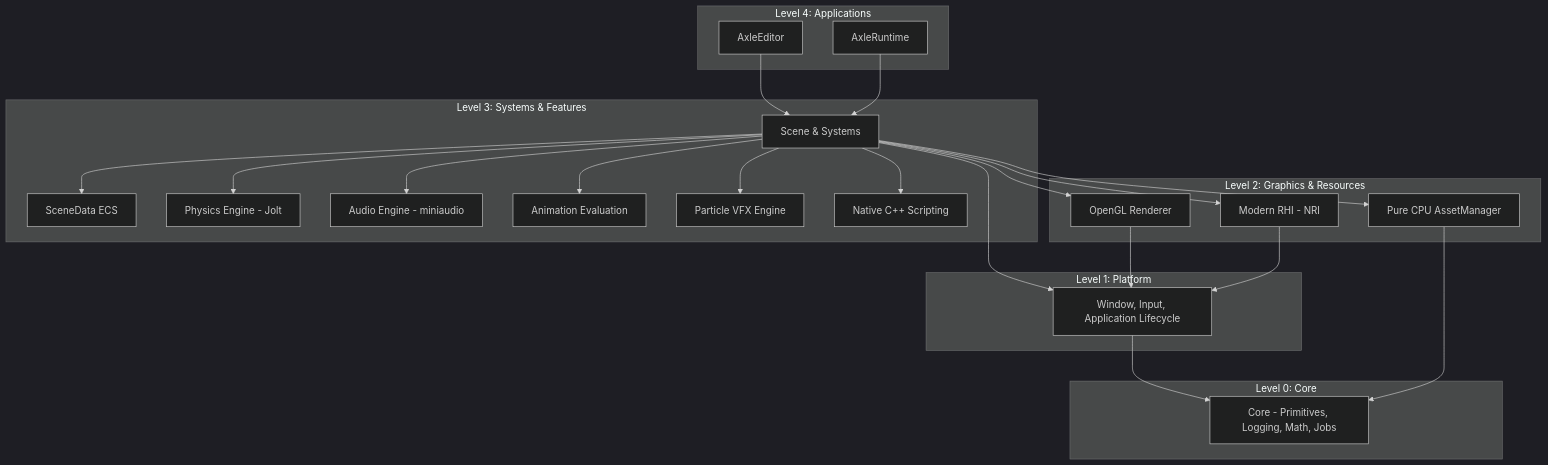
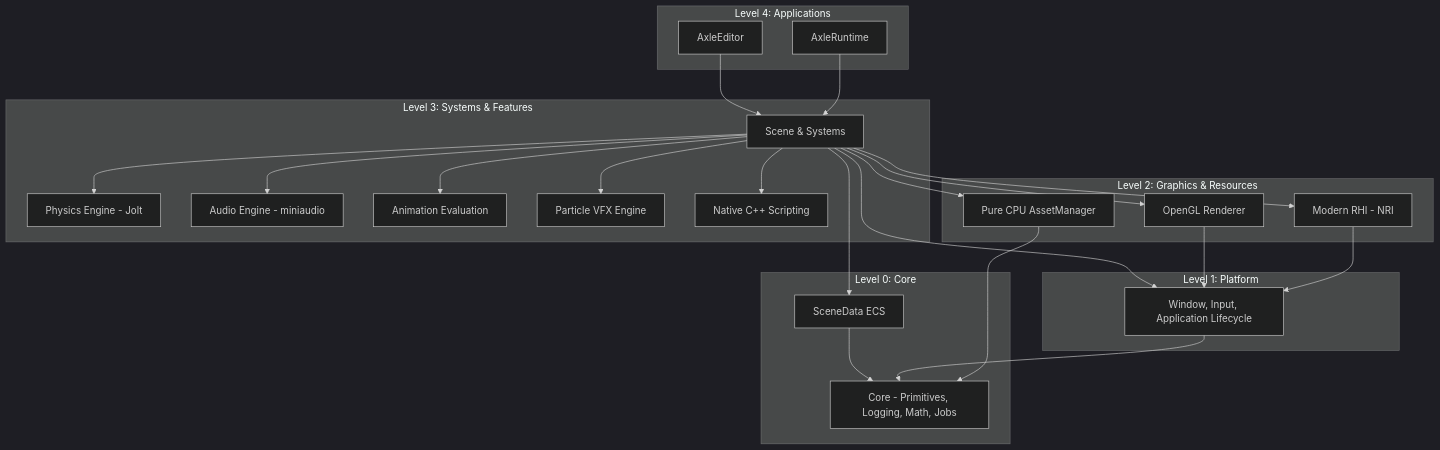
Before and after one commit to nguyenphong0210/AxleEngine: the diagram in docs/architecture/OVERVIEW.md, drawn with Mermaid (dark theme). The commit also changed other lines of this file and 6 other files, not shown here.

````diff
--- a/docs/architecture/OVERVIEW.md
+++ b/docs/architecture/OVERVIEW.md
@@ -21,48 +21,49 @@
 ```mermaid
 flowchart TD
     subgraph Level 4: Applications
         Editor[AxleEditor]
         Runtime[AxleRuntime]
     end
 
     subgraph Level 3: Systems & Features
         Scene[Scene & Systems]
-        SceneData[SceneData ECS]
         Physics[Physics Engine - Jolt]
         Audio[Audio Engine - miniaudio]
         Animation[Animation Evaluation]
         VFX[Particle VFX Engine]
         Scripting[Native C++ Scripting]
     end
 
     subgraph Level 2: Graphics & Resources
         Renderer[OpenGL Renderer]
         RHI[Modern RHI - NRI]
         Assets[Pure CPU AssetManager]
     end
 
     subgraph Level 1: Platform
         Platform[Window, Input, Application Lifecycle]
     end
 
     subgraph Level 0: Core
         Core[Core - Primitives, Logging, Math, Jobs]
+        SceneData[SceneData ECS]
     end
 
     Editor --> Scene
     Runtime --> Scene
     Scene --> SceneData
+    SceneData --> Core
     Scene --> Physics
     Scene --> Audio
     Scene --> Animation
     Scene --> VFX
     Scene --> Scripting
     Scene --> Renderer
     Scene --> RHI
     Scene --> Assets
     Scene --> Platform
     Platform --> Core
     Assets --> Core
     Renderer --> Platform
     RHI --> Platform
 ```
````
